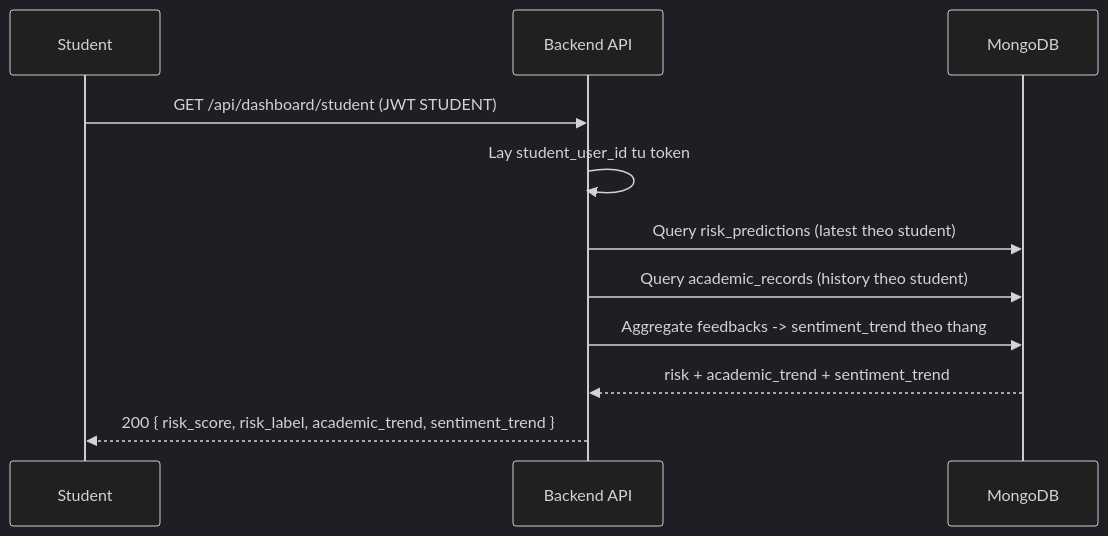
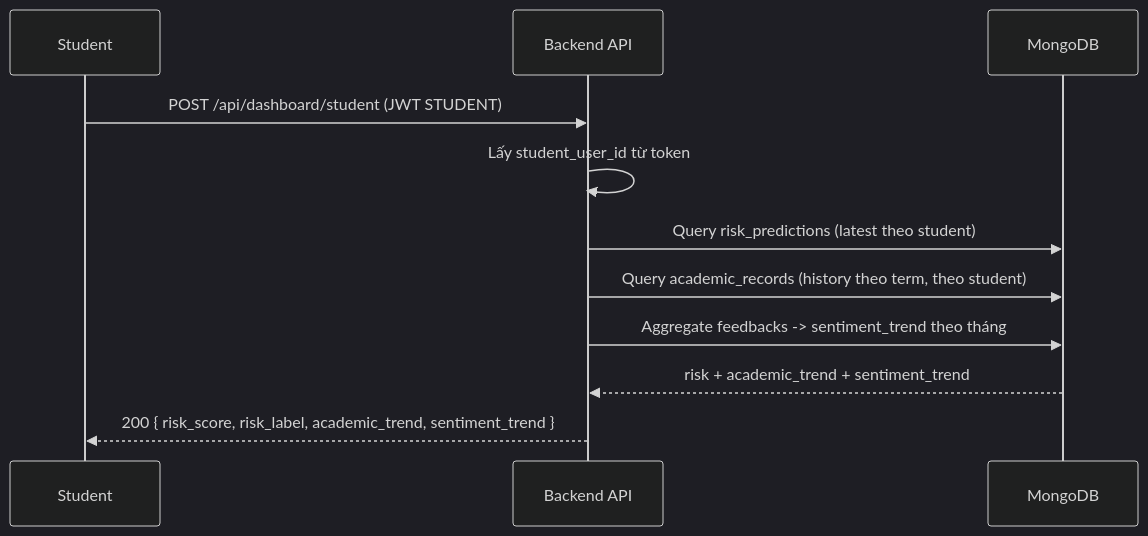
Before and after one commit to Tien2003deptrai/BACKEND-ADVISOR: the first of 2 diagrams in docs/dashboard-flow.md, drawn with Mermaid (dark theme). The commit also changed other lines of this file and 11 other files, not shown here.

Commit message:
Implement alert-notification flow and align advisor/student dashboards

````diff
--- a/docs/dashboard-flow.md
+++ b/docs/dashboard-flow.md
@@ -10,14 +10,14 @@
 ```mermaid
 sequenceDiagram
     participant S as Student
     participant API as Backend API
     participant DB as MongoDB
 
-    S->>API: GET /api/dashboard/student (JWT STUDENT)
-    API->>API: Lay student_user_id tu token
+    S->>API: POST /api/dashboard/student (JWT STUDENT)
+    API->>API: Lấy student_user_id từ token
     API->>DB: Query risk_predictions (latest theo student)
-    API->>DB: Query academic_records (history theo student)
-    API->>DB: Aggregate feedbacks -> sentiment_trend theo thang
+    API->>DB: Query academic_records (history theo term, theo student)
+    API->>DB: Aggregate feedbacks -> sentiment_trend theo tháng
     DB-->>API: risk + academic_trend + sentiment_trend
     API-->>S: 200 { risk_score, risk_label, academic_trend, sentiment_trend }
 ```
````
